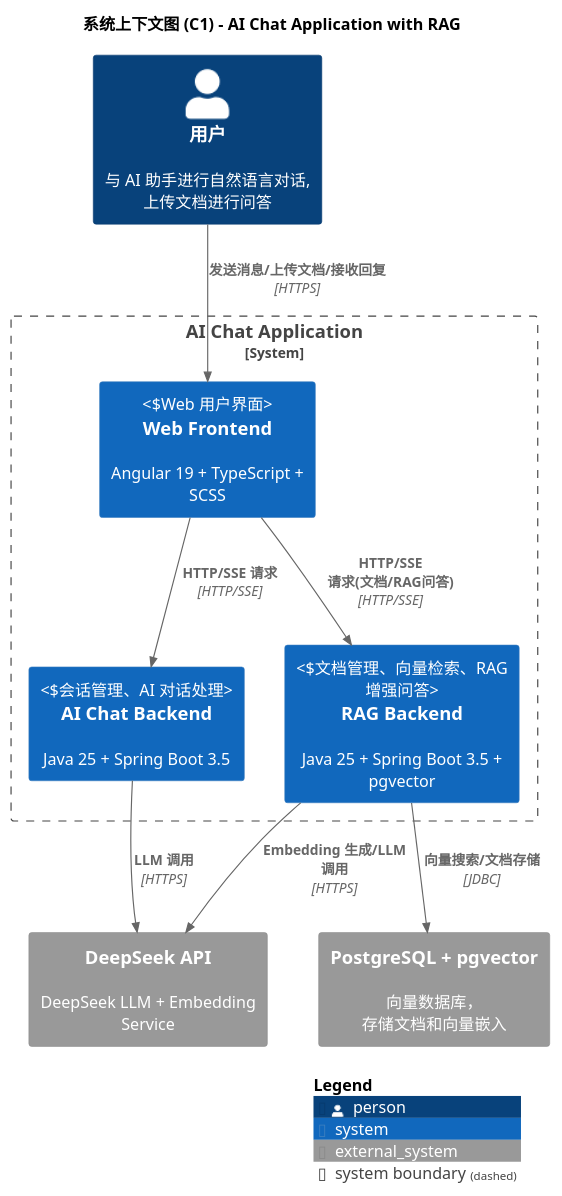
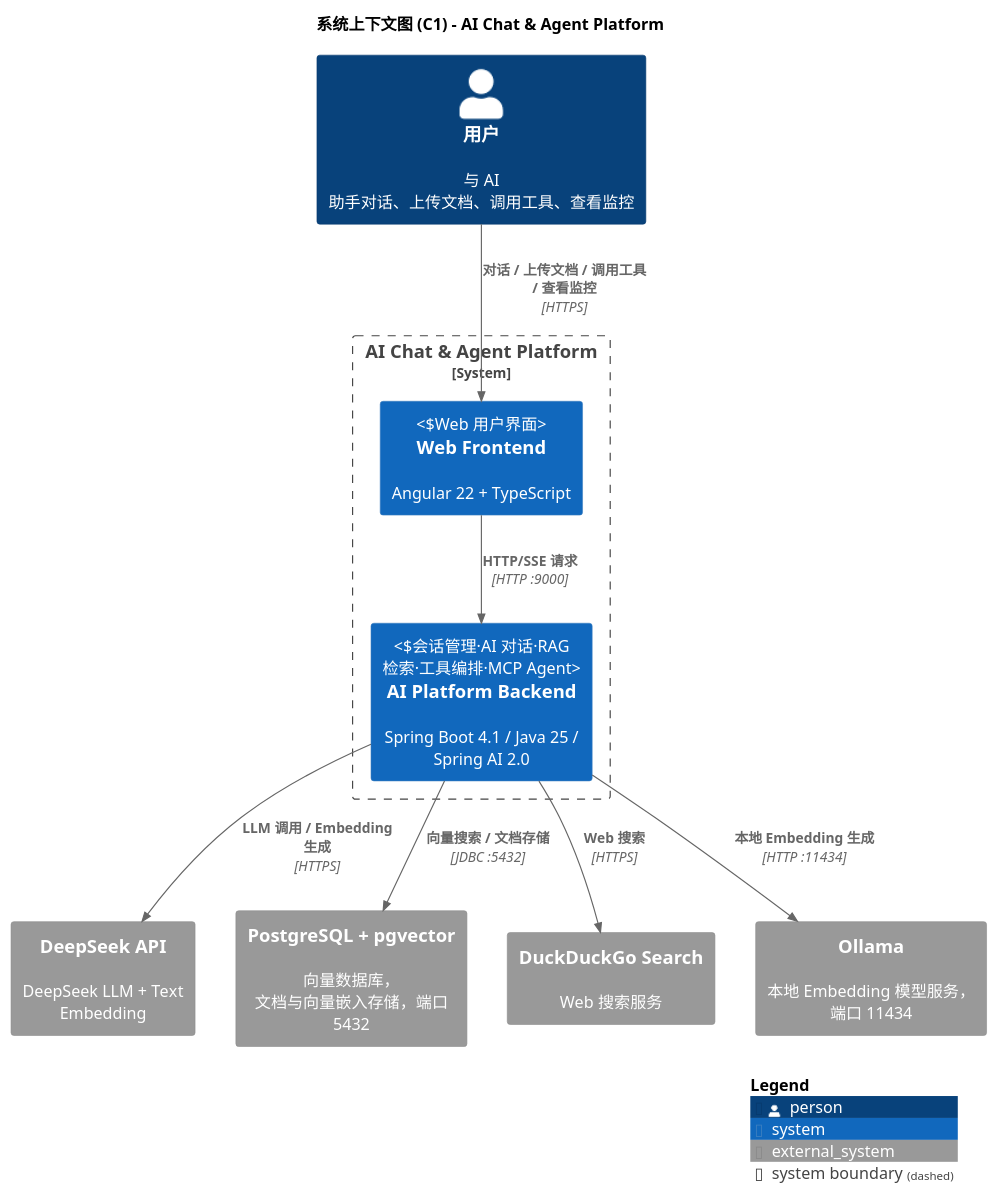
The diagram in docs/c4/C1-Context.puml (felixzhu97/explore-ai), drawn with PlantUML before and after one commit. The commit also changed 11 other files, not shown here.

First line of the commit message:
docs(c4): align architecture model with port 9000 and Angular 22

```diff
--- a/docs/c4/C1-Context.puml
+++ b/docs/c4/C1-Context.puml
@@ -1,39 +1,40 @@
 @startuml C1-Context
 !include https://raw.githubusercontent.com/plantuml-stdlib/C4-PlantUML/master/C4_Context.puml
 
 LAYOUT_WITH_LEGEND()
 
-title 系统上下文图 (C1) - AI Chat Application with RAG
+title 系统上下文图 (C1) - AI Chat & Agent Platform
 
 ' ============================================================
 ' PEOPLE - 人员
 ' ============================================================
-Person(user, "用户", "与 AI 助手进行自然语言对话, 上传文档进行问答")
+Person(user, "用户", "与 AI 助手对话、上传文档、调用工具、查看监控")
 
 ' ============================================================
-' AI Chat Application 系统边界
+' AI Chat & Agent Platform 系统边界
 ' ============================================================
-System_Boundary(ai_chat_app, "AI Chat Application") {
-    System(frontend, "Web Frontend", "Angular 19 + TypeScript + SCSS", "Web 用户界面")
-    System(chat_backend, "AI Chat Backend", "Java 25 + Spring Boot 3.5", "会话管理、AI 对话处理")
-    System(rag_backend, "RAG Backend", "Java 25 + Spring Boot 3.5 + pgvector", "文档管理、向量检索、RAG 增强问答")
+System_Boundary(ai_platform, "AI Chat & Agent Platform") {
+    System(frontend, "Web Frontend", "Angular 22 + TypeScript", "Web 用户界面")
+    System(backend, "AI Platform Backend", "Spring Boot 4.1 / Java 25 / Spring AI 2.0", "会话管理·AI 对话·RAG 检索·工具编排·MCP Agent")
 }
 
 ' ============================================================
 ' EXTERNAL SYSTEMS - 外部系统
 ' ============================================================
-System_Ext(deepseek_api, "DeepSeek API", "DeepSeek LLM + Embedding Service")
-System_Ext(postgresql, "PostgreSQL + pgvector", "向量数据库，存储文档和向量嵌入")
+System_Ext(deepseek_api, "DeepSeek API", "DeepSeek LLM + Text Embedding")
+System_Ext(postgresql, "PostgreSQL + pgvector", "向量数据库，文档与向量嵌入存储，端口 5432")
+System_Ext(duckduckgo, "DuckDuckGo Search", "Web 搜索服务")
+System_Ext(ollama, "Ollama", "本地 Embedding 模型服务，端口 11434")
 
 ' ============================================================
 ' RELATIONSHIPS - 关系
 ' ============================================================
-Rel(user, frontend, "发送消息/上传文档/接收回复", "HTTPS")
-Rel(frontend, chat_backend, "HTTP/SSE 请求", "HTTP/SSE")
-Rel(frontend, rag_backend, "HTTP/SSE 请求(文档/RAG问答)", "HTTP/SSE")
-Rel(chat_backend, deepseek_api, "LLM 调用", "HTTPS")
-Rel(rag_backend, deepseek_api, "Embedding 生成/LLM 调用", "HTTPS")
-Rel(rag_backend, postgresql, "向量搜索/文档存储", "JDBC")
+Rel(user, frontend, "对话 / 上传文档 / 调用工具 / 查看监控", "HTTPS")
+Rel(frontend, backend, "HTTP/SSE 请求", "HTTP :9000")
+Rel(backend, deepseek_api, "LLM 调用 / Embedding 生成", "HTTPS")
+Rel(backend, postgresql, "向量搜索 / 文档存储", "JDBC :5432")
+Rel(backend, duckduckgo, "Web 搜索", "HTTPS")
+Rel(backend, ollama, "本地 Embedding 生成", "HTTP :11434")
 
 SHOW_LEGEND()
 @enduml
```
